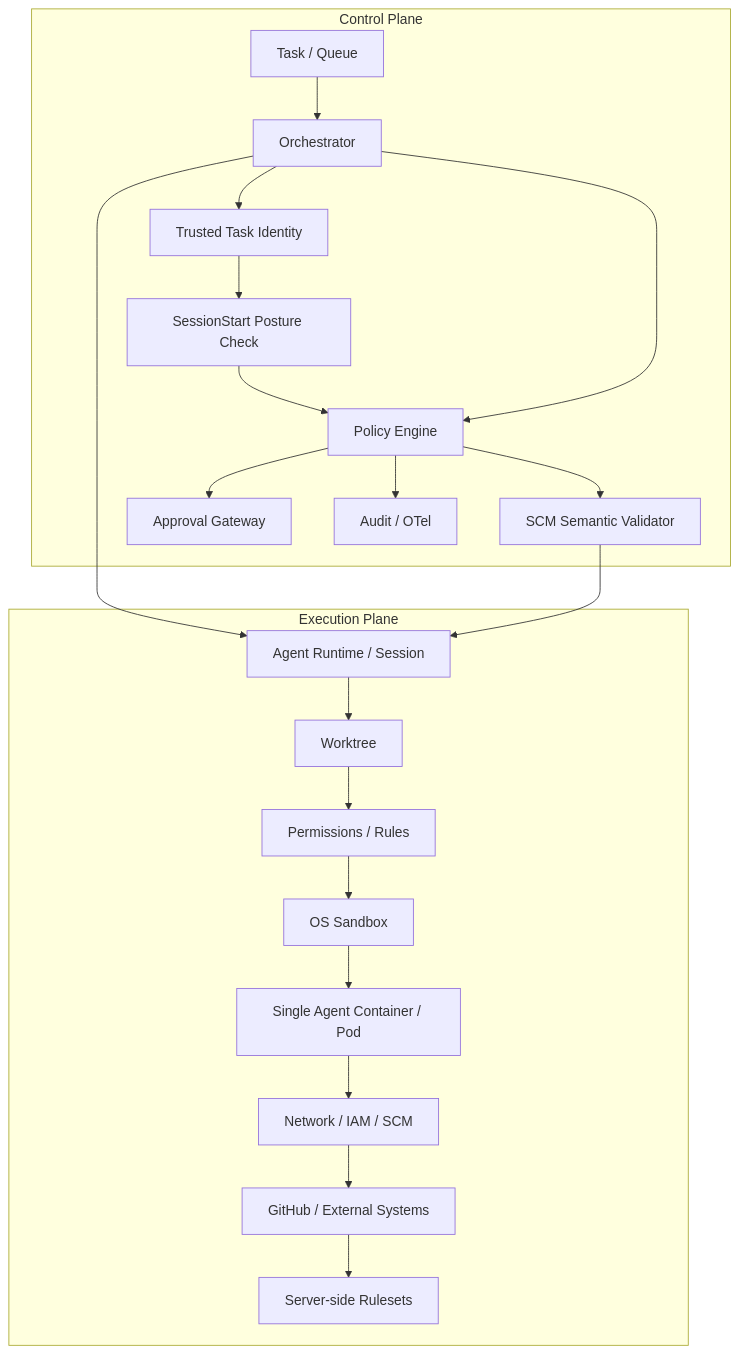
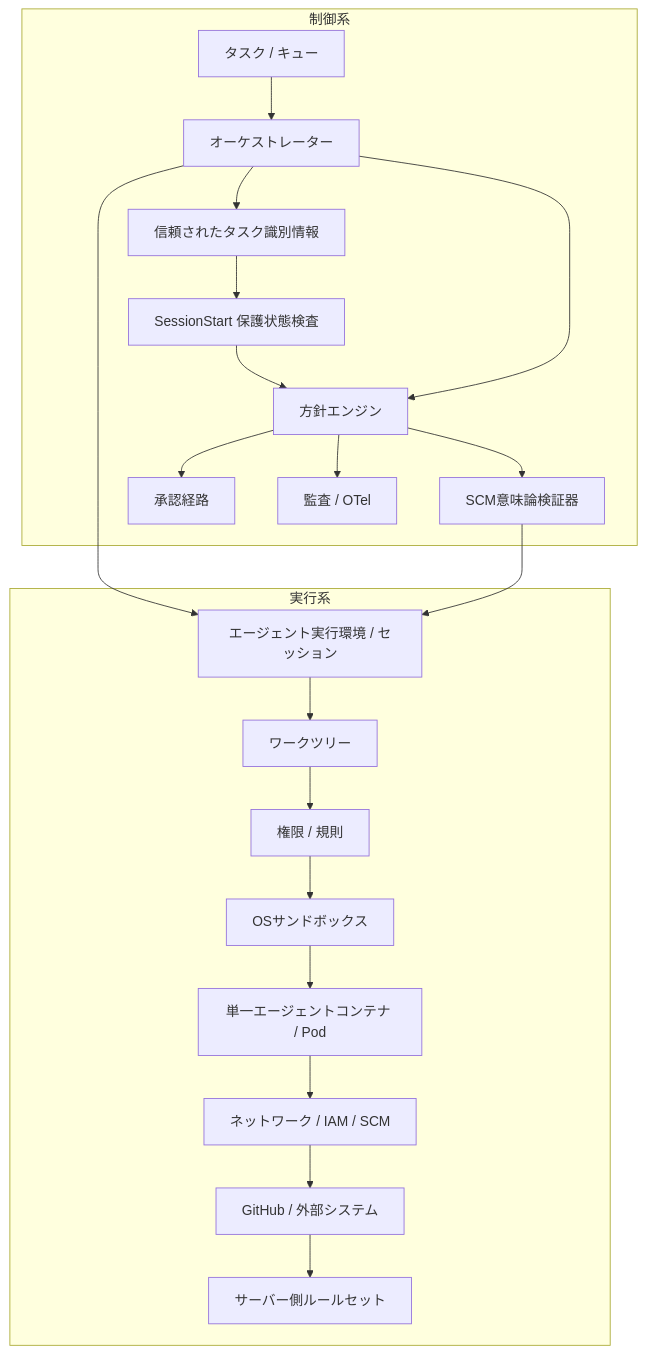
Before and after one commit to tomo-chan/agent-harness: the first of 4 diagrams in docs/ja/01-architecture.md, drawn with Mermaid. The commit also changed other lines of this file, not shown here.

````diff
--- a/docs/ja/01-architecture.md
+++ b/docs/ja/01-architecture.md
@@ -11,26 +13,26 @@
 ```mermaid
 flowchart TB
-    subgraph CP[Control Plane]
-        T[Task / Queue] --> O[Orchestrator]
-        O --> TI[Trusted Task Identity]
-        TI --> SS[SessionStart Posture Check]
-        SS --> P[Policy Engine]
+    subgraph CP[制御系]
+        T[タスク / キュー] --> O[オーケストレーター]
+        O --> TI[信頼されたタスク識別情報]
+        TI --> SS[SessionStart 保護状態検査]
+        SS --> P[方針エンジン]
         O --> P
-        P --> SV[SCM Semantic Validator]
-        P --> A[Approval Gateway]
-        P --> OT[Audit / OTel]
+        P --> SV[SCM意味論検証器]
+        P --> A[承認経路]
+        P --> OT[監査 / OTel]
     end
 
-    subgraph EP[Execution Plane]
-        R[Agent Runtime / Session] --> W[Worktree]
-        W --> PR[Permissions / Rules]
-        PR --> S[OS Sandbox]
-        S --> K[Single Agent Container / Pod]
-        K --> N[Network / IAM / SCM]
-        N --> GH[GitHub / External Systems]
-        GH --> RS[Server-side Rulesets]
+    subgraph EP[実行系]
+        R[エージェント実行環境 / セッション] --> W[ワークツリー]
+        W --> PR[権限 / 規則]
+        PR --> S[OSサンドボックス]
+        S --> K[単一エージェントコンテナ / Pod]
+        K --> N[ネットワーク / IAM / SCM]
+        N --> GH[GitHub / 外部システム]
+        GH --> RS[サーバー側ルールセット]
     end
 
     O --> R
     SV --> R
 ```
````
